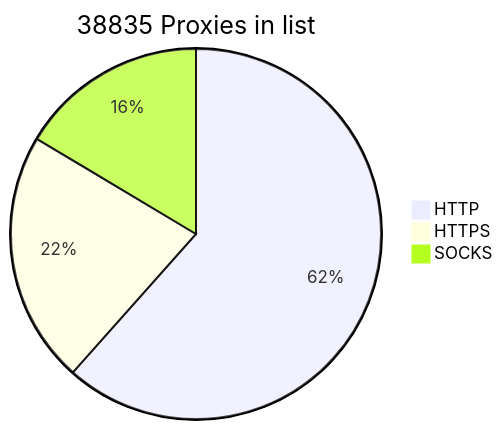
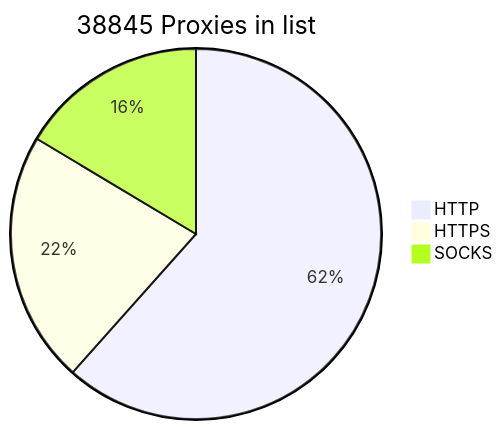
The diagram in README.md (BlackSnowDot/proxylist-update-every-minute), drawn with Mermaid before and after one commit.

````diff
--- a/README.md
+++ b/README.md
@@ -2,6 +2,6 @@
 ```mermaid
-pie title 38835 Proxies in list
-    "HTTP" : 28095
-    "HTTPS": 10042
-    "SOCKS" : 7493
+pie title 38845 Proxies in list
+    "HTTP" : 28112
+    "HTTPS": 10044
+    "SOCKS" : 7494
 ```
````
